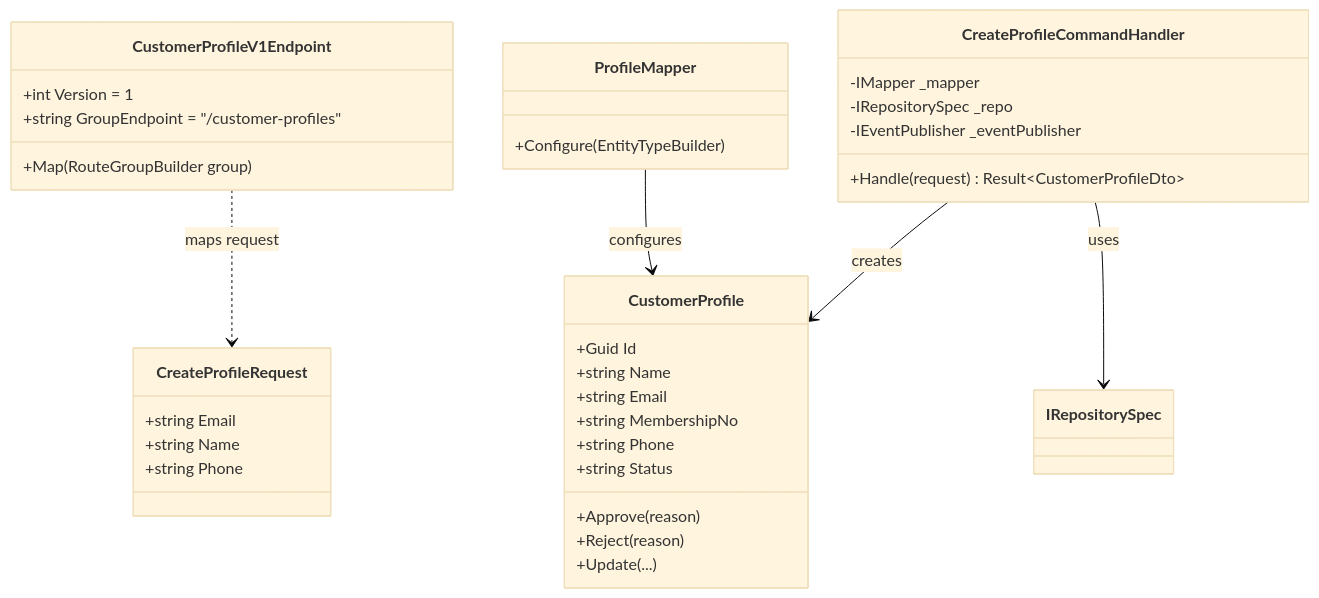
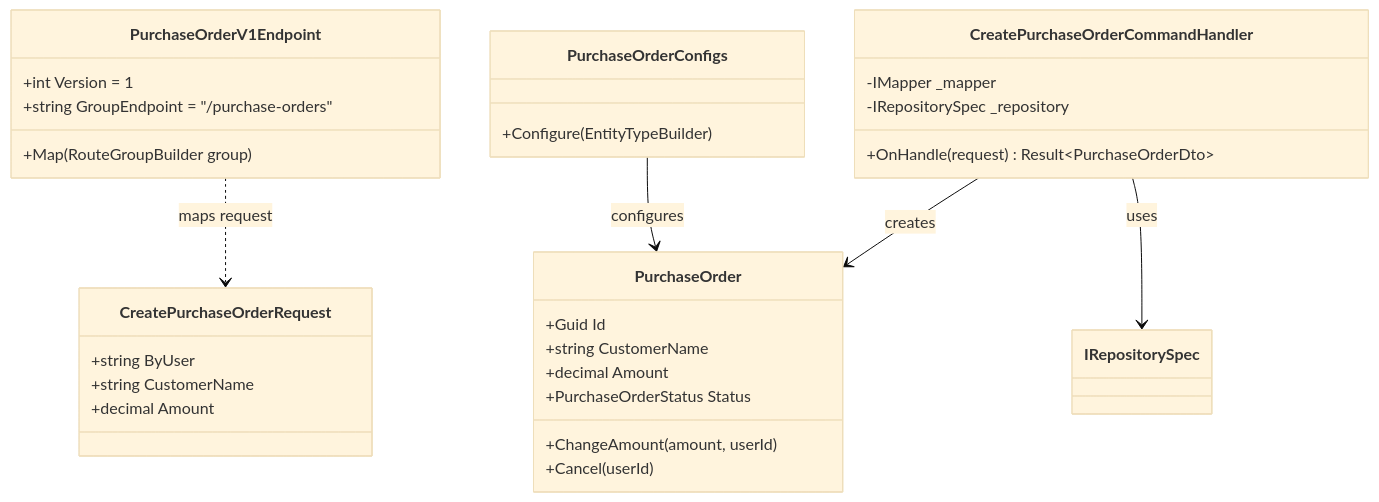
The second of 4 diagrams in .github/skills/dknet-feature-documentation/SKILL.md (baoduy/DKNet.Templates), drawn with Mermaid (base theme) before and after one commit. The commit also changed other lines of this file and 66 other files, not shown here.

First line of the commit message:
docs(D711-3): rewrite docs and AI guidance through PurchaseOrder/Product samples

````diff
--- a/.github/skills/dknet-feature-documentation/SKILL.md
+++ b/.github/skills/dknet-feature-documentation/SKILL.md
@@ -246,42 +240,38 @@
 ```mermaid
 classDiagram
-    class CustomerProfileV1Endpoint {
+    class PurchaseOrderV1Endpoint {
         +int Version = 1
-        +string GroupEndpoint = "/customer-profiles"
+        +string GroupEndpoint = "/purchase-orders"
         +Map(RouteGroupBuilder group)
     }
 
-    class CreateProfileRequest {
-        +string Email
-        +string Name
-        +string Phone
+    class CreatePurchaseOrderRequest {
+        +string ByUser
+        +string CustomerName
+        +decimal Amount
     }
 
-    class CreateProfileCommandHandler {
+    class CreatePurchaseOrderCommandHandler {
         -IMapper _mapper
-        -IRepositorySpec _repo
-        -IEventPublisher _eventPublisher
-        +Handle(request) Result~CustomerProfileDto~
+        -IRepositorySpec _repository
+        +OnHandle(request) Result~PurchaseOrderDto~
     }
 
-    class CustomerProfile {
+    class PurchaseOrder {
         +Guid Id
-        +string Name
-        +string Email
-        +string MembershipNo
-        +string Phone
-        +string Status
-        +Approve(reason)
-        +Reject(reason)
-        +Update(...)
+        +string CustomerName
+        +decimal Amount
+        +PurchaseOrderStatus Status
+        +ChangeAmount(amount, userId)
+        +Cancel(userId)
     }
 
-    class ProfileMapper {
+    class PurchaseOrderConfigs {
         +Configure(EntityTypeBuilder)
     }
 
-    CustomerProfileV1Endpoint ..> CreateProfileRequest : maps request
-    CreateProfileCommandHandler --> CustomerProfile : creates
-    CreateProfileCommandHandler --> IRepositorySpec : uses
-    ProfileMapper --> CustomerProfile : configures
+    PurchaseOrderV1Endpoint ..> CreatePurchaseOrderRequest : maps request
+    CreatePurchaseOrderCommandHandler --> PurchaseOrder : creates
+    CreatePurchaseOrderCommandHandler --> IRepositorySpec : uses
+    PurchaseOrderConfigs --> PurchaseOrder : configures
 ```
````
